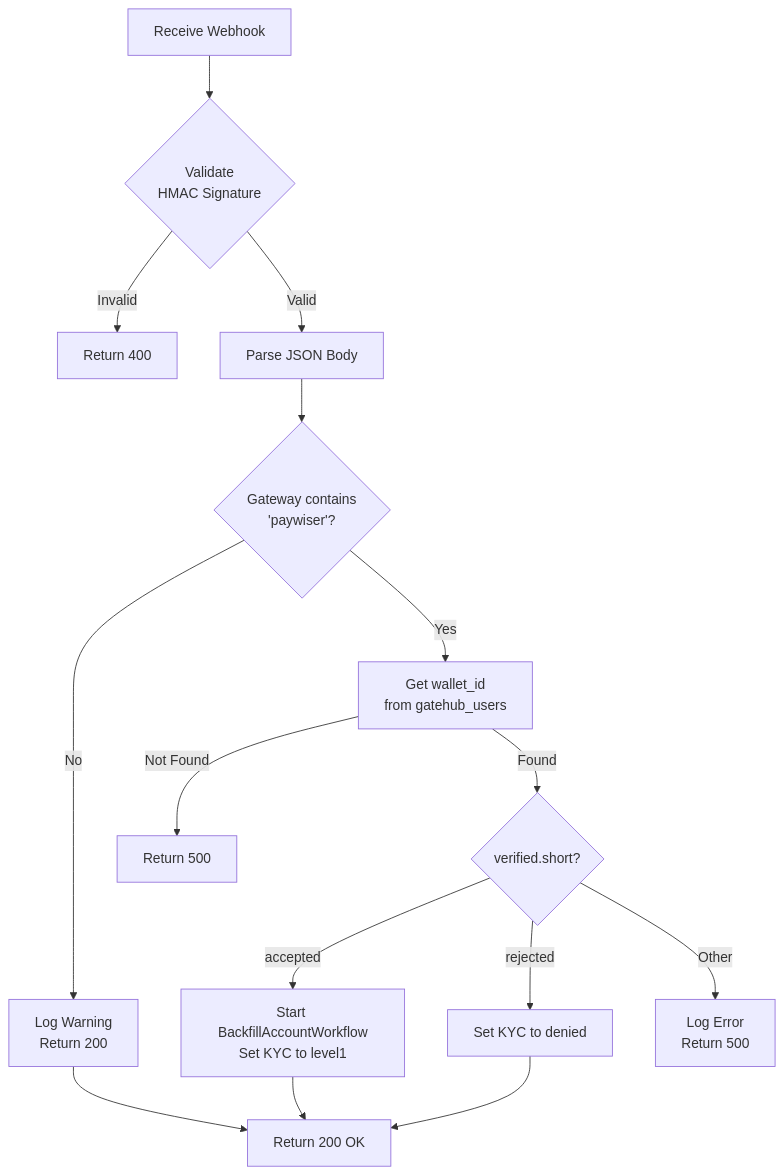
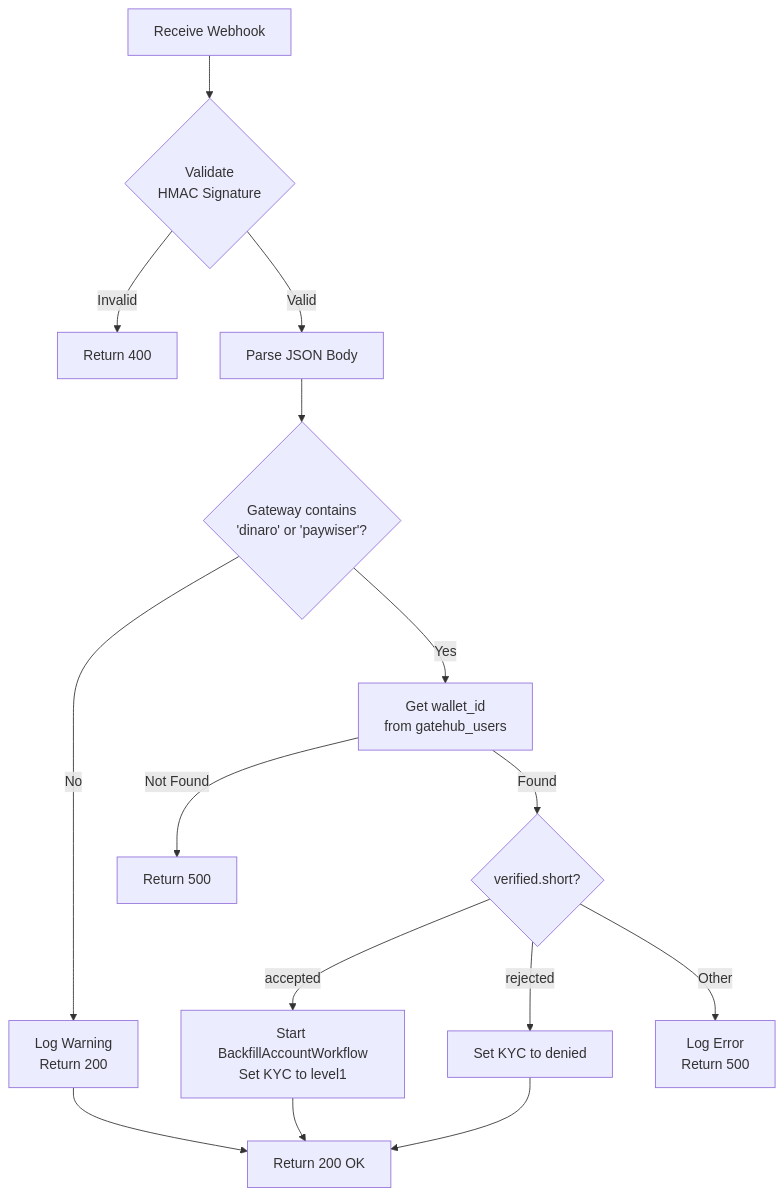
The third of 4 diagrams in go/mock/mockgatehub/docs/gatehub-kyc.md (interledger/interledger-app), drawn with Mermaid before and after one commit. The commit also changed other lines of this file and 11 other files, not shown here.

First line of the commit message:
fix: accept Dinaro KYC GateHub webhook gateway (#761)

````diff
--- a/go/mock/mockgatehub/docs/gatehub-kyc.md
+++ b/go/mock/mockgatehub/docs/gatehub-kyc.md
@@ -237,17 +237,17 @@
 ```mermaid
 flowchart TD
     Receive[Receive Webhook] --> ValidateSignature{Validate<br/>HMAC Signature}
     ValidateSignature -->|Invalid| Return400[Return 400]
     ValidateSignature -->|Valid| ParseJSON[Parse JSON Body]
-    ParseJSON --> CheckGateway{Gateway contains<br/>'paywiser'?}
+    ParseJSON --> CheckGateway{Gateway contains<br/>'dinaro' or 'paywiser'?}
     CheckGateway -->|No| LogWarn[Log Warning<br/>Return 200]
     CheckGateway -->|Yes| GetWallet[Get wallet_id<br/>from gatehub_users]
     GetWallet -->|Not Found| Return500[Return 500]
     GetWallet -->|Found| CheckStatus{verified.short?}
     CheckStatus -->|accepted| StartBackfill[Start BackfillAccountWorkflow<br/>Set KYC to level1]
     CheckStatus -->|rejected| SetDenied[Set KYC to denied]
     CheckStatus -->|Other| LogError[Log Error<br/>Return 500]
     StartBackfill --> Return200[Return 200 OK]
     SetDenied --> Return200
     LogWarn --> Return200
 ```
````
